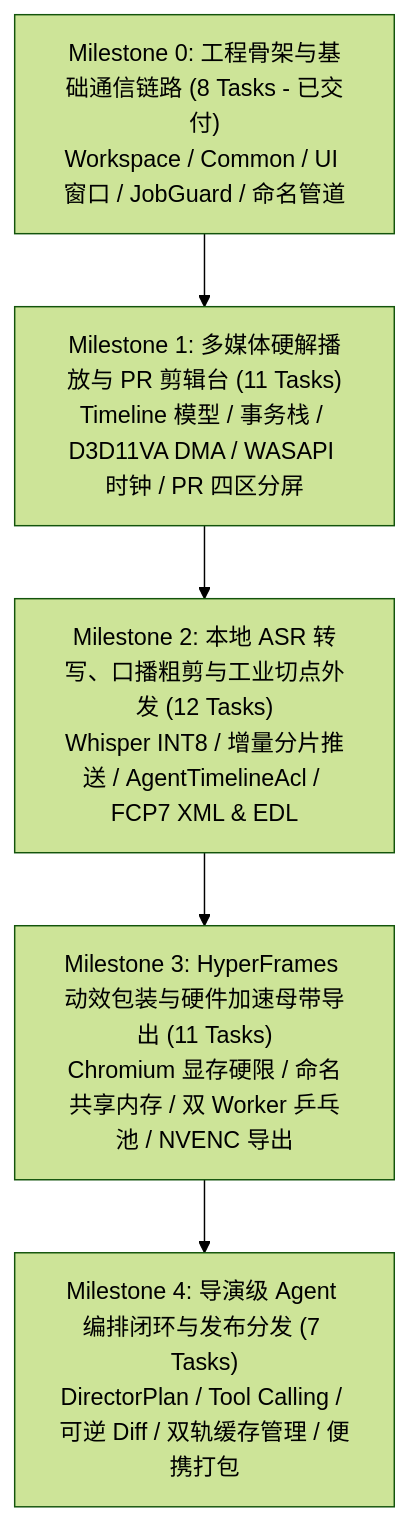
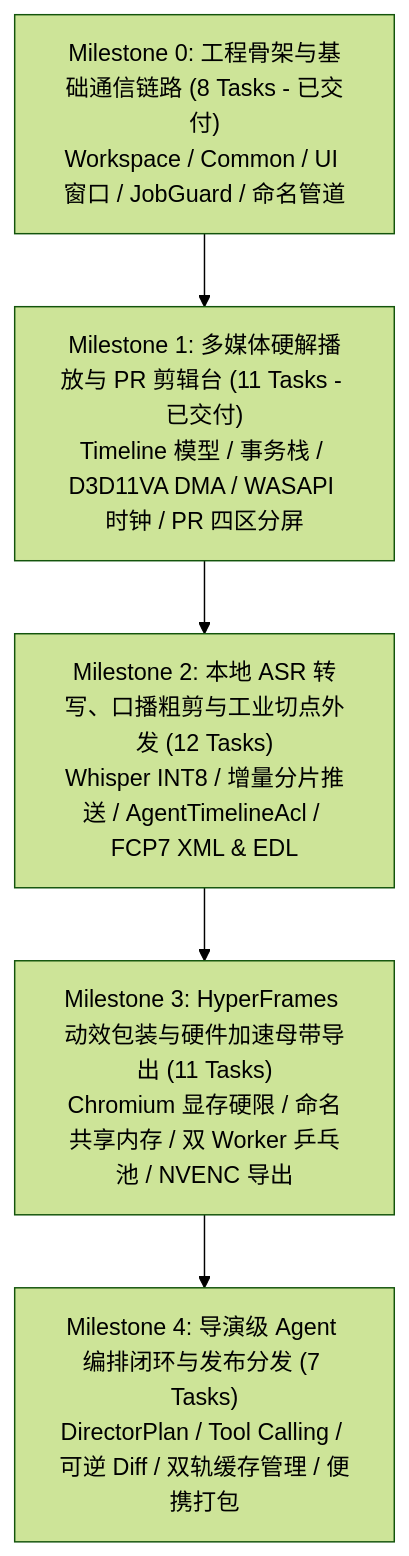
Before and after one commit to qiuku2022/ClipFlow: the first of 2 diagrams in docs/roadmap.md, drawn with Mermaid (forest theme). The commit also changed other lines of this file and 4 other files, not shown here.

````diff
--- a/docs/roadmap.md
+++ b/docs/roadmap.md
@@ -23,10 +23,10 @@
 ```mermaid
 flowchart TD
     M0["Milestone 0: 工程骨架与基础通信链路 (8 Tasks - 已交付)\nWorkspace / Common / UI 窗口 / JobGuard / 命名管道"]
-    M1["Milestone 1: 多媒体硬解播放与 PR 剪辑台 (11 Tasks)\nTimeline 模型 / 事务栈 / D3D11VA DMA / WASAPI 时钟 / PR 四区分屏"]
+    M1["Milestone 1: 多媒体硬解播放与 PR 剪辑台 (11 Tasks - 已交付)\nTimeline 模型 / 事务栈 / D3D11VA DMA / WASAPI 时钟 / PR 四区分屏"]
     M2["Milestone 2: 本地 ASR 转写、口播粗剪与工业切点外发 (12 Tasks)\nWhisper INT8 / 增量分片推送 / AgentTimelineAcl / FCP7 XML & EDL"]
     M3["Milestone 3: HyperFrames 动效包装与硬件加速母带导出 (11 Tasks)\nChromium 显存硬限 / 命名共享内存 / 双 Worker 乒乓池 / NVENC 导出"]
     M4["Milestone 4: 导演级 Agent 编排闭环与发布分发 (7 Tasks)\nDirectorPlan / Tool Calling / 可逆 Diff / 双轨缓存管理 / 便携打包"]
 
     M0 --> M1 --> M2 --> M3 --> M4
 ```
````
